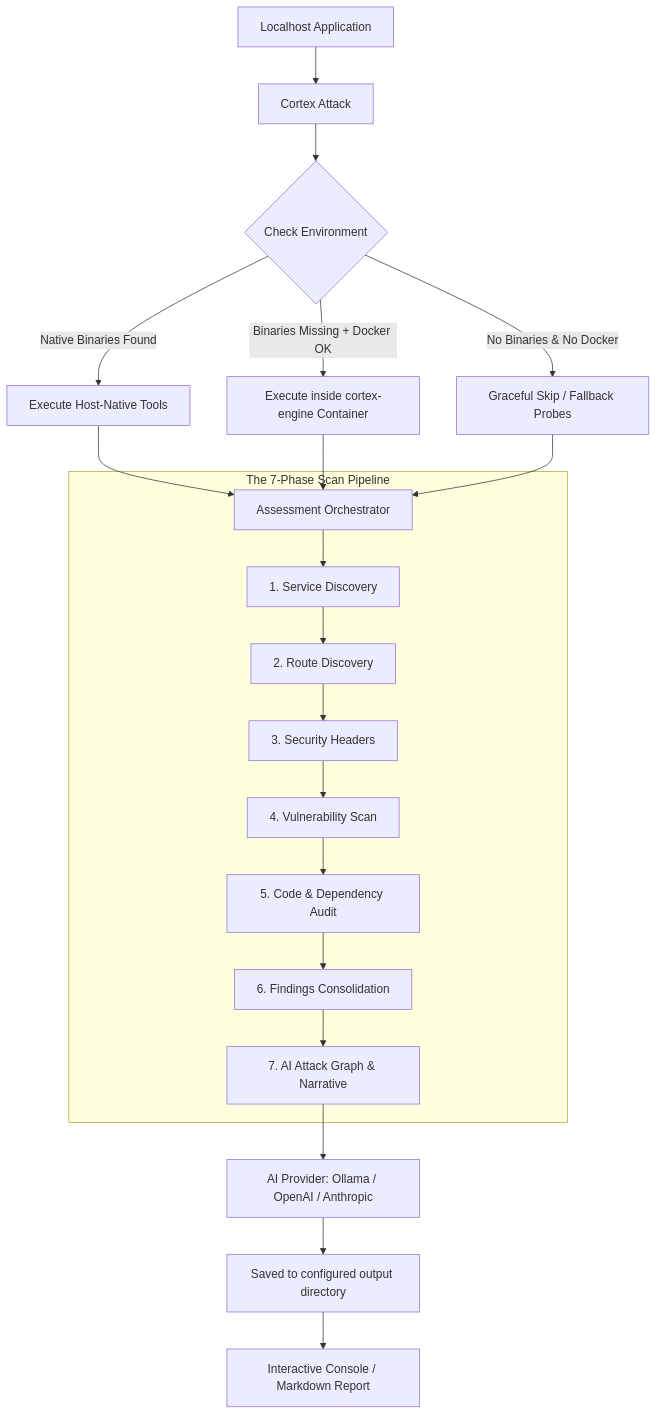
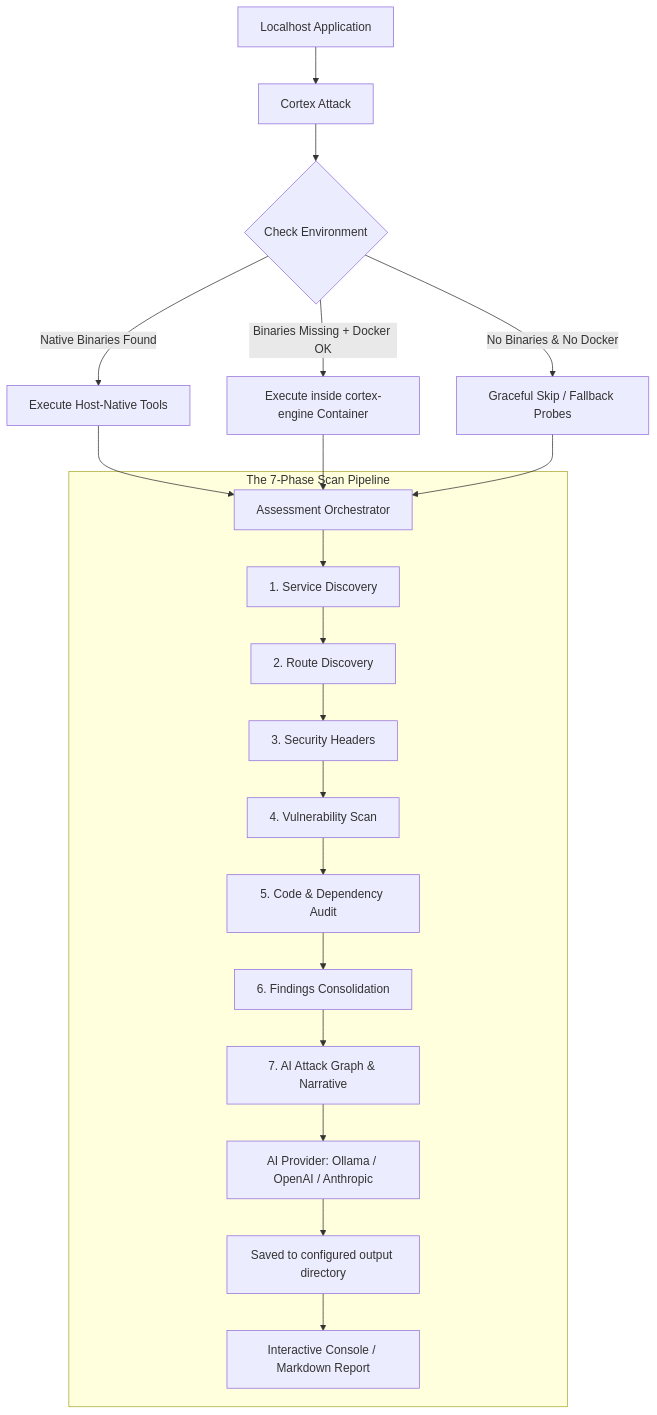
One commit to Cortex-EDR/cortex-attack changed the diagram in README.md. Above: the diagram before and after it, drawn with Mermaid. The commit also changed other lines of this file, not shown here.

````diff
--- a/README.md
+++ b/README.md
@@ -54,25 +54,26 @@
 ```mermaid
 flowchart TD
     Target[Localhost Application] --> CLI[Cortex Attack]
     CLI --> Doctor{Check Environment}
     
     Doctor -->|Native Binaries Found| RunNative[Execute Host-Native Tools]
     Doctor -->|Binaries Missing + Docker OK| RunDocker[Execute inside cortex-engine Container]
     Doctor -->|No Binaries & No Docker| Skip[Graceful Skip / Fallback Probes]
     
     RunNative & RunDocker & Skip --> Orchestrator[Assessment Orchestrator]
     
     subgraph Phases [The 7-Phase Scan Pipeline]
         Orchestrator --> P1[1. Service Discovery]
         P1 --> P2[2. Route Discovery]
         P2 --> P3[3. Security Headers]
         P3 --> P4[4. Vulnerability Scan]
         P4 --> P5[5. Code & Dependency Audit]
         P5 --> P6[6. Findings Consolidation]
         P6 --> P7[7. AI Attack Graph & Narrative]
-    end
     
     P7 --> LLM[AI Provider: Ollama / OpenAI / Anthropic]
     LLM --> Artifacts[Saved to configured output directory]
     Artifacts --> Output[Interactive Console / Markdown Report]
+    
+    end
 ```
````
